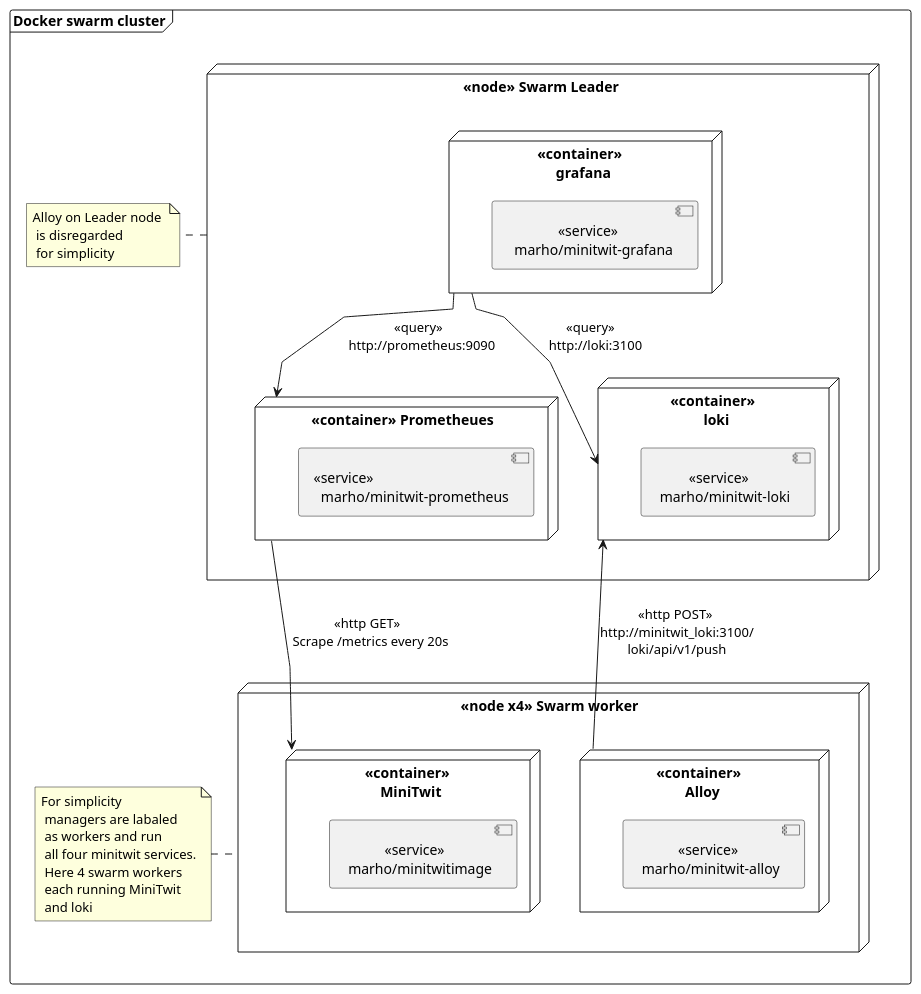
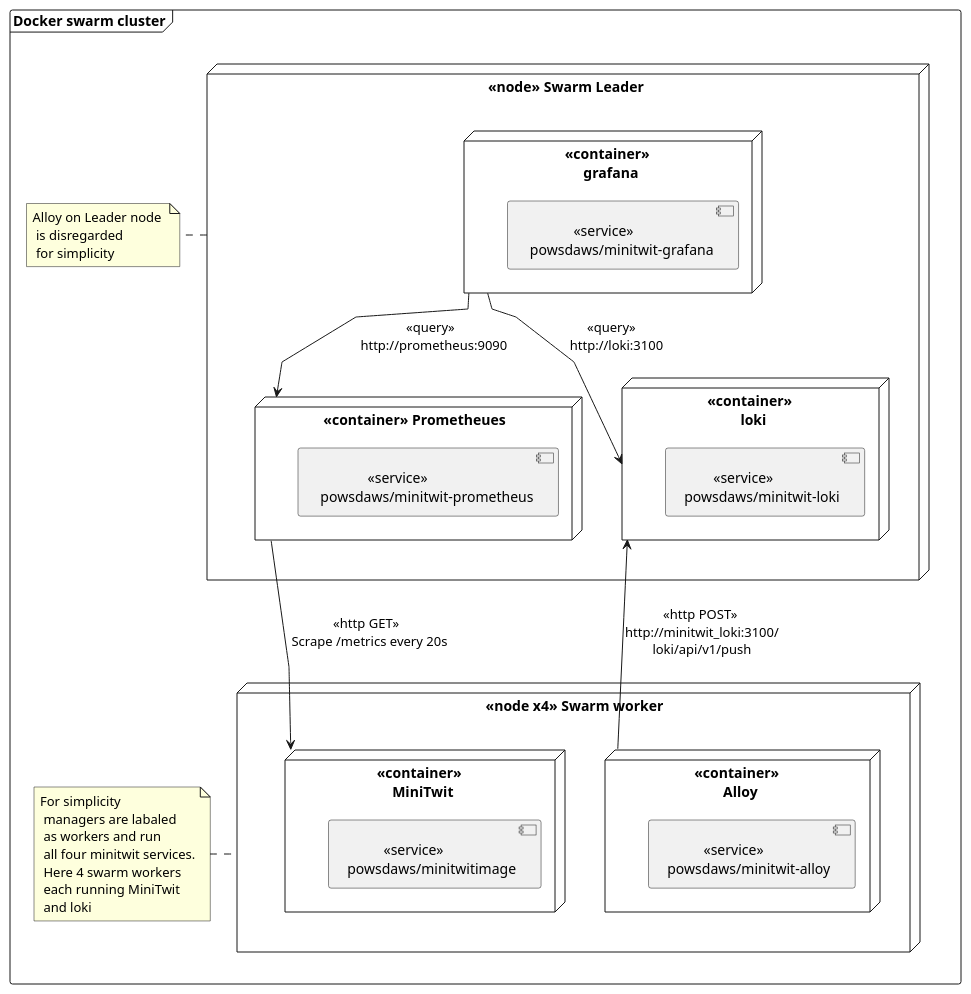
The diagram in report/src/diagrams/monitoring.puml (DevBobs-devops/Devbobs_MiniTwit), drawn with PlantUML before and after one commit. The commit also changed 2 other files, not shown here.

```diff
--- a/report/src/diagrams/monitoring.puml
+++ b/report/src/diagrams/monitoring.puml
@@ -1,44 +1,44 @@
 @startuml 
 skinparam linetype polyline
 
  frame "Docker swarm cluster" as cluster {
     node " <<node>> Swarm Leader" as leader{
         
         node "<<container>> Prometheues" as prom {
-            component "<<service>> \n  marho/minitwit-prometheus"{
+            component "               <<service>> \n  powsdaws/minitwit-prometheus"{
         }
         }
         
         node "<<container>> \n grafana" as graf {
-            component "              <<service>> \n  marho/minitwit-grafana"
+            component "              <<service>> \n  powsdaws/minitwit-grafana"
         }
 
         node "<<container>> \n loki" as loki {
-            component "         <<service>> \n marho/minitwit-loki"
+            component "         <<service>> \n powsdaws/minitwit-loki"
         }
         
 
     }
     note right of leader: Alloy on Leader node \n is disregarded \n for simplicity
 
     node "<<node x4>> Swarm worker" as workers {
         
          node "<<container>> \n Alloy" as alloy {
-            component "           <<service>> \n marho/minitwit-alloy"
+            component "           <<service>> \n powsdaws/minitwit-alloy"
 
         }
         node "<<container>> \n MiniTwit" as mini{
-            component "           <<service>> \n marho/minitwitimage"
+            component "           <<service>> \n powsdaws/minitwitimage"
         }
        
     }
 
     note left of workers : For simplicity \n managers are labaled \n as workers and run \n all four minitwit services.\n Here 4 swarm workers\n each running MiniTwit\n and loki
 
     prom --> mini : <<http GET>> \n Scrape /metrics every 20s
     alloy --> loki : <<http POST>> \nhttp://minitwit_loki:3100/\nloki/api/v1/push
     graf --> prom : <<query>> \n http://prometheus:9090
     graf --> loki : <<query>> \n  http://loki:3100
 
  }
 @enduml
```
